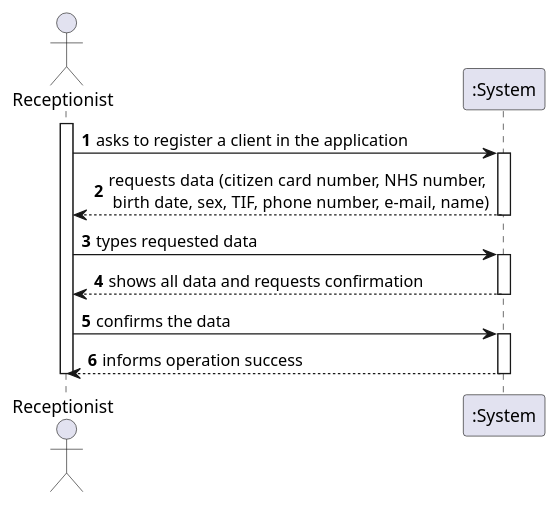
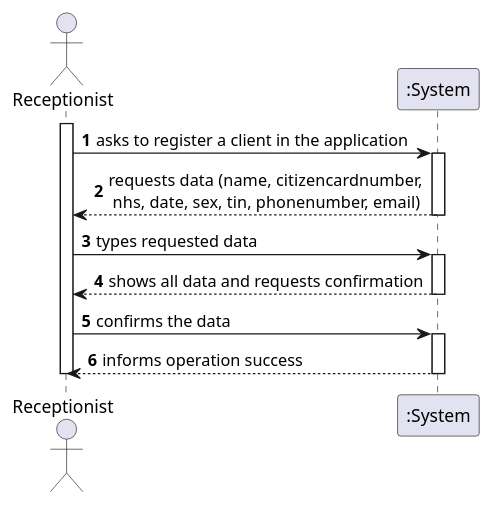
One commit to manu-07-ela/LAPR2_ISEP changed the diagram in docs/SprintB/US03/US3_SSD.puml. Above: the diagram before and after it, drawn with PlantUML. The commit also changed 4 other files, not shown here.

```diff
--- a/docs/SprintB/US03/US3_SSD.puml
+++ b/docs/SprintB/US03/US3_SSD.puml
@@ -1,23 +1,23 @@
 @startuml
 autonumber
 actor "Receptionist" as REP
 
 activate REP
 REP -> ":System" : asks to register a client in the application
 activate ":System"
-":System" --> REP : requests data (citizen card number, NHS number,\n birth date, sex, TIF, phone number, e-mail, name)
+":System" --> REP : requests data (name, citizencardnumber,\n nhs, date, sex, tin, phonenumber, email)
 deactivate ":System"
 
 REP -> ":System" : types requested data
 activate ":System"
 ":System" --> REP : shows all data and requests confirmation
 deactivate ":System"
 
 REP -> ":System" : confirms the data
 activate ":System"
 ":System" --> REP : informs operation success
 deactivate ":System"
 
 deactivate REP
 
 @enduml
```
